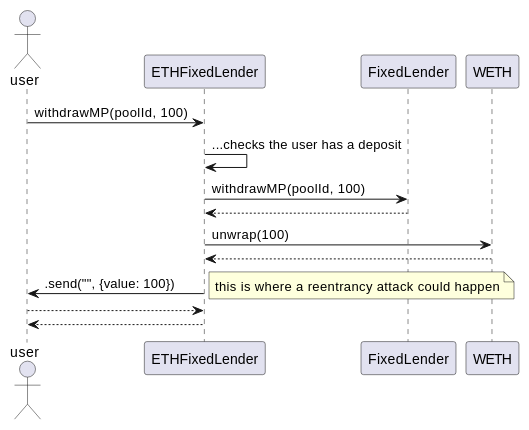
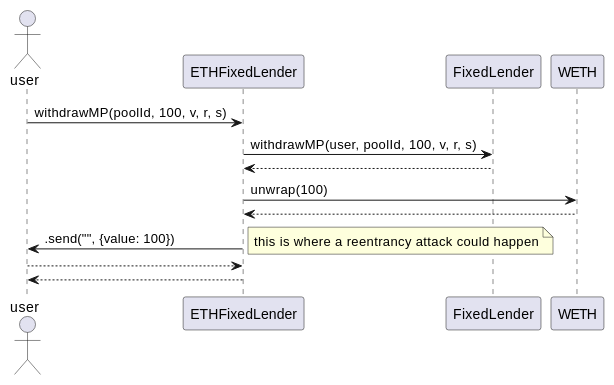
The second of 4 diagrams in docs/ad-hoc-research.rst (exactly/protocol), drawn with PlantUML before and after one commit. The commit also changed other lines of this file, not shown here.

First line of the commit message:
documented withdraw/deposits from 3rd parties

```diff
--- a/docs/ad-hoc-research.rst
+++ b/docs/ad-hoc-research.rst
@@ -240,18 +240,17 @@
 .. uml::
     :caption: withdrawMP
 
     actor user
     participant ETHFixedLender
     participant FixedLender
     participant WETH
 
-    user -> ETHFixedLender: withdrawMP(poolId, 100)
-    ETHFixedLender -> ETHFixedLender: ...checks the user has a deposit
-    ETHFixedLender -> FixedLender: withdrawMP(poolId, 100)
+    user -> ETHFixedLender: withdrawMP(poolId, 100, v, r, s)
+    ETHFixedLender -> FixedLender: withdrawMP(user, poolId, 100, v, r, s)
     ETHFixedLender <-- FixedLender
     ETHFixedLender -> WETH: unwrap(100)
     ETHFixedLender <-- WETH
     ETHFixedLender -> user: .send("", {value: 100})
     note right: this is where a reentrancy attack could happen
     ETHFixedLender <-- user
     user <--ETHFixedLender
```
